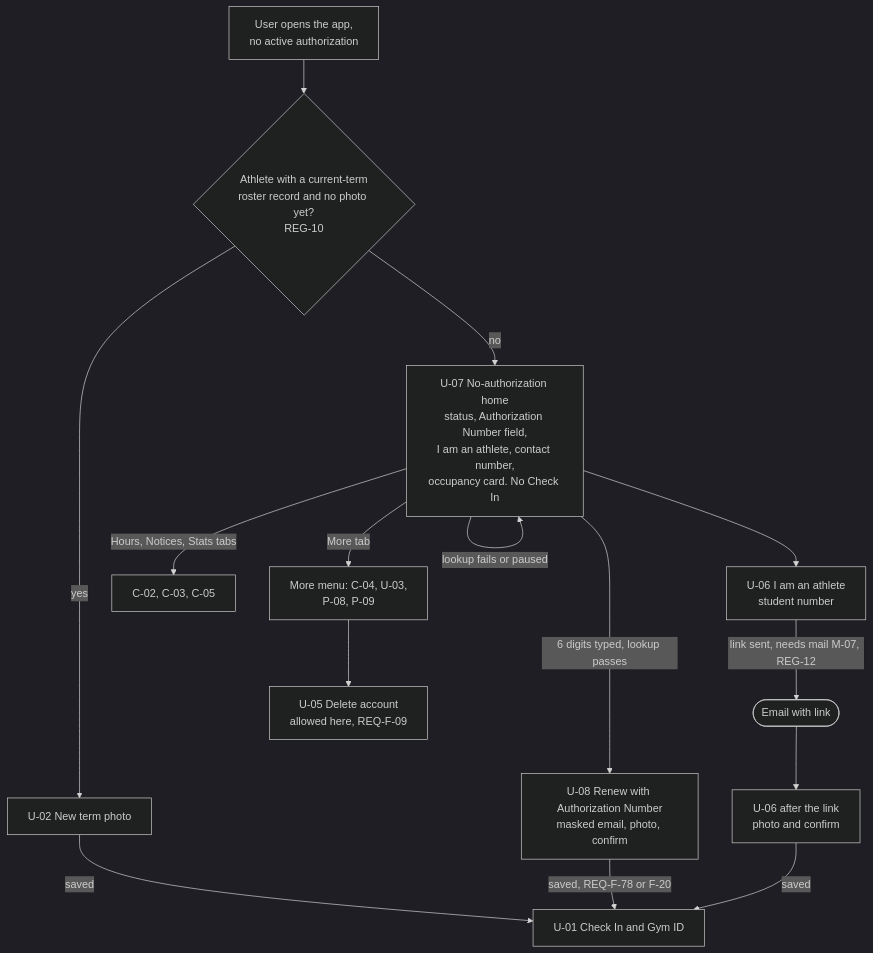
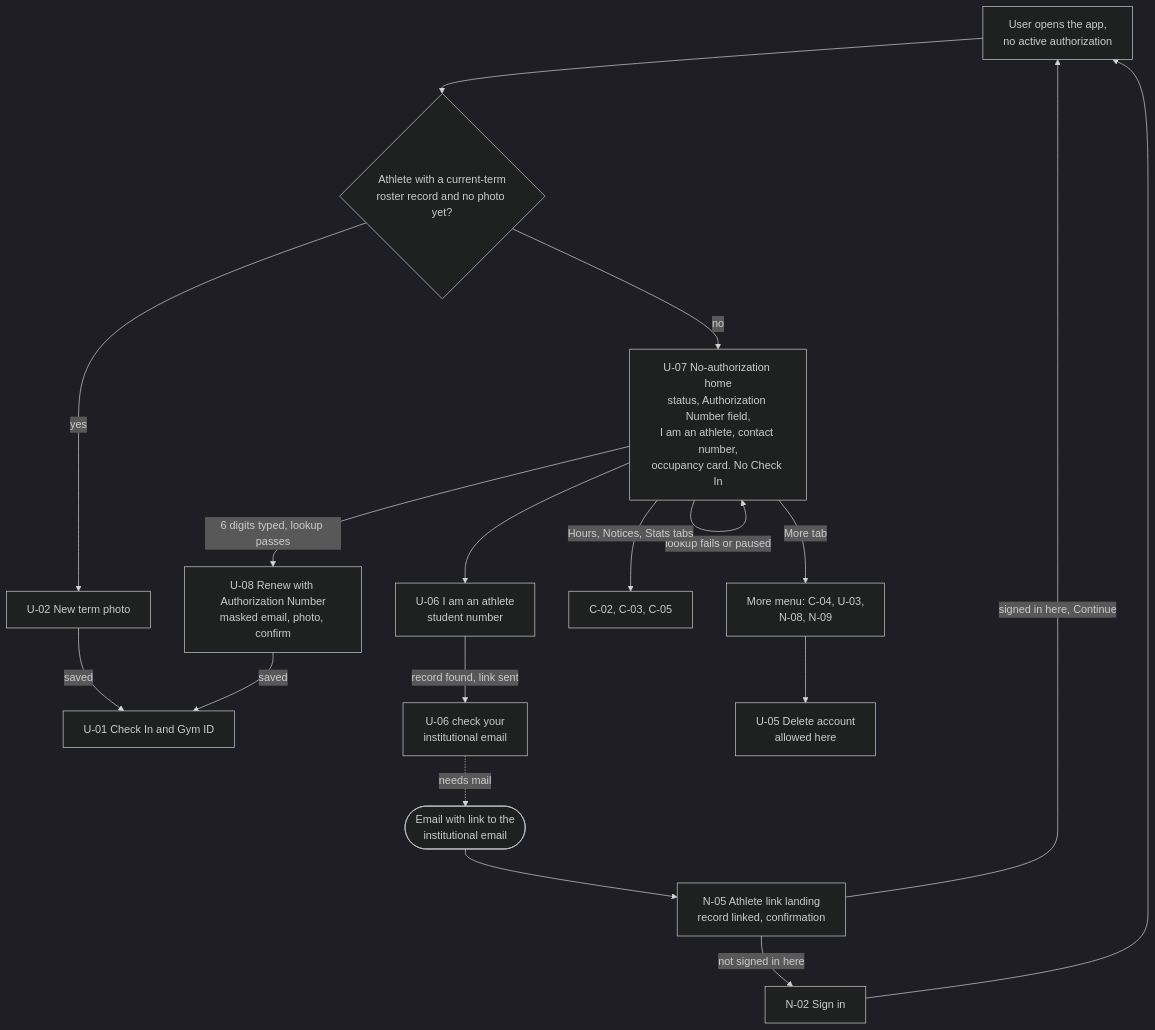
Before and after one commit to Th3-Minorities/natatorio-gym-app: the third of 7 diagrams in docs/design/screen-map.md, drawn with Mermaid (dark theme). The commit also changed other lines of this file, not shown here.

Commit message:
Add the roster and recovery code screens to the screen map

````diff
--- a/docs/design/screen-map.md
+++ b/docs/design/screen-map.md
@@ -72,17 +87,20 @@
 ```mermaid
 flowchart TD
-  OPEN["User opens the app,<br/>no active authorization"] --> T{"Athlete with a current-term<br/>roster record and no photo yet?<br/>REG-10"}
+  OPEN["User opens the app,<br/>no active authorization"] --> T{"Athlete with a current-term<br/>roster record and no photo yet?"}
   T -->|"yes"| U02["U-02 New term photo"]
   U02 -->|"saved"| U01["U-01 Check In and Gym ID"]
   T -->|"no"| U07["U-07 No-authorization home<br/>status, Authorization Number field,<br/>I am an athlete, contact number,<br/>occupancy card. No Check In"]
   U07 -->|"6 digits typed, lookup passes"| U08["U-08 Renew with Authorization Number<br/>masked email, photo, confirm"]
   U07 -->|"lookup fails or paused"| U07
-  U08 -->|"saved, REQ-F-78 or F-20"| U01
+  U08 -->|"saved"| U01
   U07 --> U06["U-06 I am an athlete<br/>student number"]
-  U06 -->|"link sent, needs mail M-07, REG-12"| MAIL(["Email with link"])
-  MAIL --> U06B["U-06 after the link<br/>photo and confirm"]
-  U06B -->|"saved"| U01
+  U06 -->|"record found, link sent"| U06M["U-06 check your<br/>institutional email"]
+  U06M -.->|"needs mail"| MAIL(["Email with link to the<br/>institutional email"])
+  MAIL --> N05["N-05 Athlete link landing<br/>record linked, confirmation"]
+  N05 -->|"signed in here, Continue"| OPEN
+  N05 -->|"not signed in here"| N02["N-02 Sign in"]
+  N02 --> OPEN
   U07 -->|"Hours, Notices, Stats tabs"| SH["C-02, C-03, C-05"]
-  U07 -->|"More tab"| MORE["More menu: C-04, U-03,<br/>P-08, P-09"]
-  MORE --> U05["U-05 Delete account<br/>allowed here, REQ-F-09"]
+  U07 -->|"More tab"| MORE["More menu: C-04, U-03,<br/>N-08, N-09"]
+  MORE --> U05["U-05 Delete account<br/>allowed here"]
 ```
````
